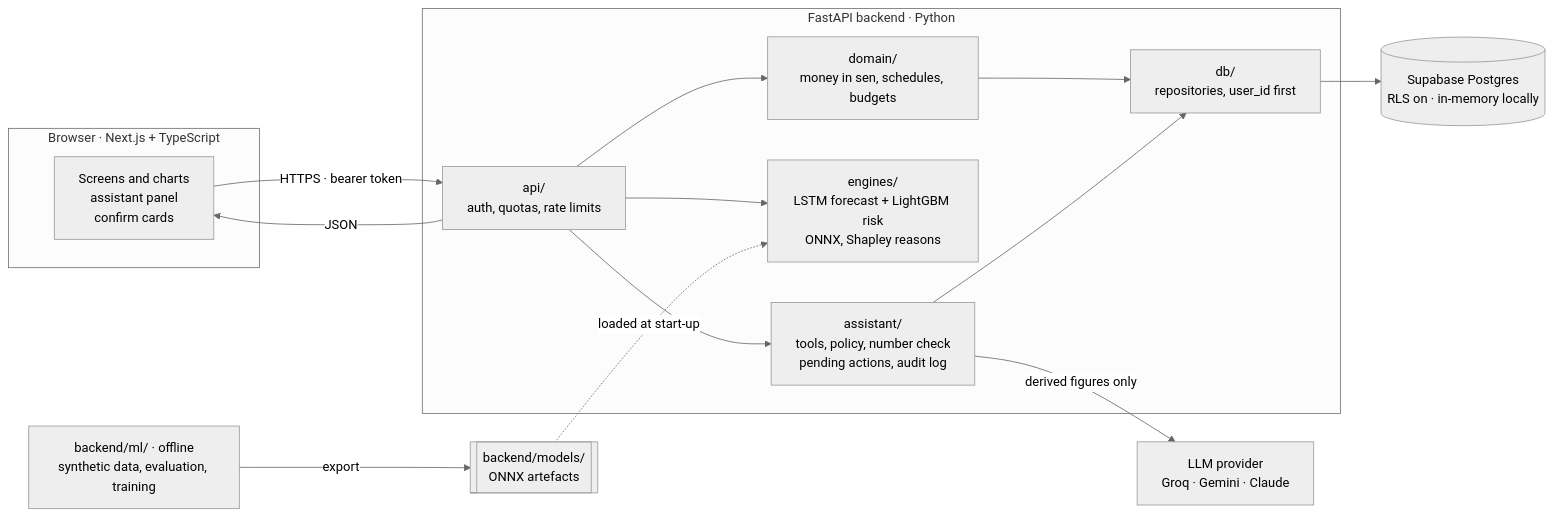
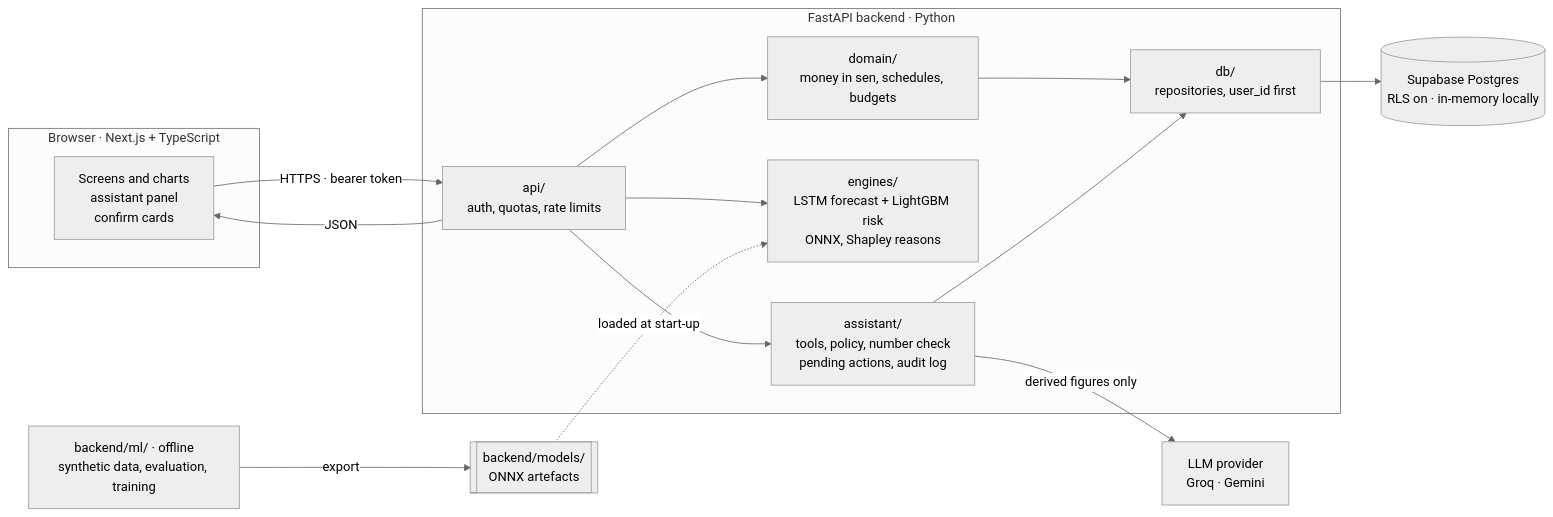
One commit to farahjayy/PaySense-v3 changed the diagram in README.md. Above: the diagram before and after it, drawn with Mermaid (neutral theme). The commit also changed other lines of this file and 18 other files, not shown here.

First line of the commit message:
Refactor LLM provider configuration: remove Anthropic support and update documentation

````diff
--- a/README.md
+++ b/README.md
@@ -82,29 +81,29 @@
 ```mermaid
 flowchart LR
     subgraph web["Browser · Next.js + TypeScript"]
         ui["Screens and charts<br/>assistant panel<br/>confirm cards"]
     end
 
     subgraph api["FastAPI backend · Python"]
         routes["api/<br/>auth, quotas, rate limits"]
         domain["domain/<br/>money in sen, schedules, budgets"]
         engines["engines/<br/>LSTM forecast + LightGBM risk<br/>ONNX, Shapley reasons"]
         assistant["assistant/<br/>tools, policy, number check<br/>pending actions, audit log"]
         repos["db/<br/>repositories, user_id first"]
     end
 
     db[("Supabase Postgres<br/>RLS on · in-memory locally")]
-    llm["LLM provider<br/>Groq · Gemini · Claude"]
+    llm["LLM provider<br/>Groq · Gemini"]
     ml["backend/ml/ · offline<br/>synthetic data, evaluation, training"]
     models[["backend/models/<br/>ONNX artefacts"]]
 
     ui -- "HTTPS · bearer token" --> routes
     routes -- JSON --> ui
     routes --> domain & engines & assistant
     domain --> repos
     assistant --> repos
     repos --> db
     assistant -- "derived figures only" --> llm
     ml -- export --> models
     models -. loaded at start-up .-> engines
 ```
````
